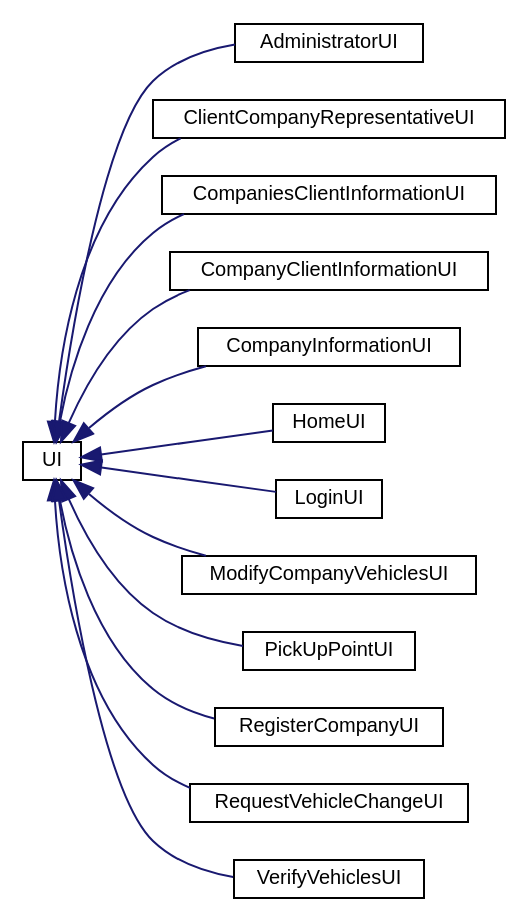
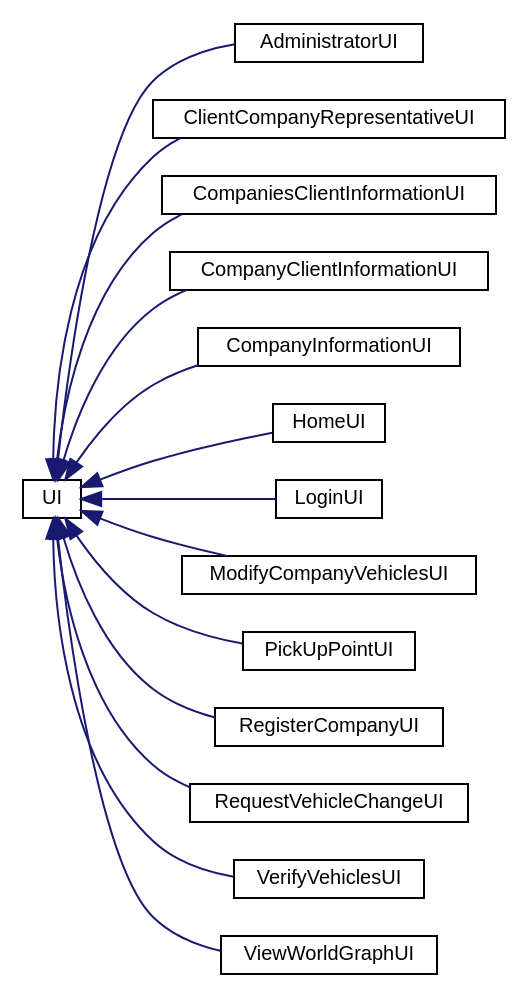
The diagram in inherit_graph_25.dot (ctrlMarcio/feup-cal-proj), drawn with Graphviz before and after one commit. The commit also changed 29 other files, not shown here.

```diff
--- a/inherit_graph_25.dot
+++ b/inherit_graph_25.dot
@@ -1,31 +1,33 @@
 digraph "Graphical Class Hierarchy"
 {
   edge [fontname="Helvetica",fontsize="10",labelfontname="Helvetica",labelfontsize="10"];
   node [fontname="Helvetica",fontsize="10",shape=record];
   rankdir="LR";
   Node0 [label="UI",height=0.2,width=0.4,color="black", fillcolor="white", style="filled",URL="$classUI.html"];
   Node0 -> Node1 [dir="back",color="midnightblue",fontsize="10",style="solid",fontname="Helvetica"];
   Node1 [label="AdministratorUI",height=0.2,width=0.4,color="black", fillcolor="white", style="filled",URL="$classAdministratorUI.html"];
   Node0 -> Node2 [dir="back",color="midnightblue",fontsize="10",style="solid",fontname="Helvetica"];
   Node2 [label="ClientCompanyRepresentativeUI",height=0.2,width=0.4,color="black", fillcolor="white", style="filled",URL="$classClientCompanyRepresentativeUI.html"];
   Node0 -> Node3 [dir="back",color="midnightblue",fontsize="10",style="solid",fontname="Helvetica"];
   Node3 [label="CompaniesClientInformationUI",height=0.2,width=0.4,color="black", fillcolor="white", style="filled",URL="$classCompaniesClientInformationUI.html"];
   Node0 -> Node4 [dir="back",color="midnightblue",fontsize="10",style="solid",fontname="Helvetica"];
   Node4 [label="CompanyClientInformationUI",height=0.2,width=0.4,color="black", fillcolor="white", style="filled",URL="$classCompanyClientInformationUI.html"];
   Node0 -> Node5 [dir="back",color="midnightblue",fontsize="10",style="solid",fontname="Helvetica"];
   Node5 [label="CompanyInformationUI",height=0.2,width=0.4,color="black", fillcolor="white", style="filled",URL="$classCompanyInformationUI.html"];
   Node0 -> Node6 [dir="back",color="midnightblue",fontsize="10",style="solid",fontname="Helvetica"];
   Node6 [label="HomeUI",height=0.2,width=0.4,color="black", fillcolor="white", style="filled",URL="$classHomeUI.html"];
   Node0 -> Node7 [dir="back",color="midnightblue",fontsize="10",style="solid",fontname="Helvetica"];
   Node7 [label="LoginUI",height=0.2,width=0.4,color="black", fillcolor="white", style="filled",URL="$classLoginUI.html"];
   Node0 -> Node8 [dir="back",color="midnightblue",fontsize="10",style="solid",fontname="Helvetica"];
   Node8 [label="ModifyCompanyVehiclesUI",height=0.2,width=0.4,color="black", fillcolor="white", style="filled",URL="$classModifyCompanyVehiclesUI.html"];
   Node0 -> Node9 [dir="back",color="midnightblue",fontsize="10",style="solid",fontname="Helvetica"];
   Node9 [label="PickUpPointUI",height=0.2,width=0.4,color="black", fillcolor="white", style="filled",URL="$classPickUpPointUI.html"];
   Node0 -> Node10 [dir="back",color="midnightblue",fontsize="10",style="solid",fontname="Helvetica"];
   Node10 [label="RegisterCompanyUI",height=0.2,width=0.4,color="black", fillcolor="white", style="filled",URL="$classRegisterCompanyUI.html"];
   Node0 -> Node11 [dir="back",color="midnightblue",fontsize="10",style="solid",fontname="Helvetica"];
   Node11 [label="RequestVehicleChangeUI",height=0.2,width=0.4,color="black", fillcolor="white", style="filled",URL="$classRequestVehicleChangeUI.html"];
   Node0 -> Node12 [dir="back",color="midnightblue",fontsize="10",style="solid",fontname="Helvetica"];
   Node12 [label="VerifyVehiclesUI",height=0.2,width=0.4,color="black", fillcolor="white", style="filled",URL="$classVerifyVehiclesUI.html"];
+  Node0 -> Node13 [dir="back",color="midnightblue",fontsize="10",style="solid",fontname="Helvetica"];
+  Node13 [label="ViewWorldGraphUI",height=0.2,width=0.4,color="black", fillcolor="white", style="filled",URL="$classViewWorldGraphUI.html"];
 }
```
